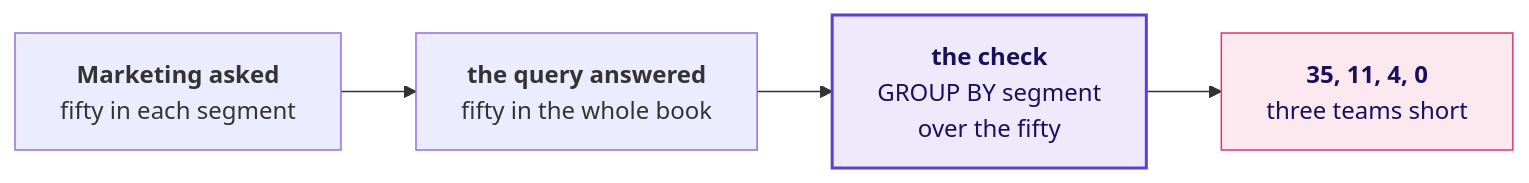
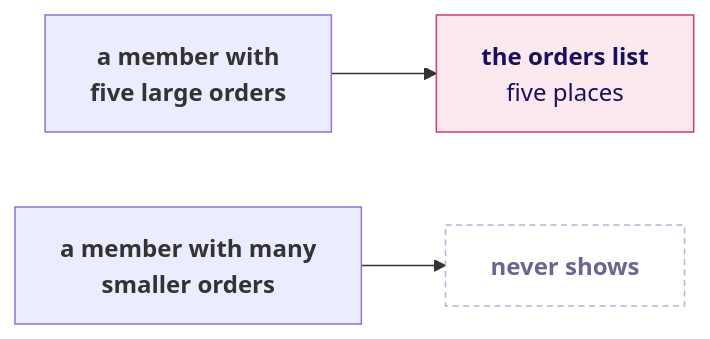
Before and after one commit to fde-academy-lab/c2-content-factory: the fifth of 20 diagrams in content/W02/D3/slides/C2_W02_D03_half1_STUDENT.md, drawn with Mermaid. The commit also changed other lines of this file and 3 other files, not shown here.

````diff
--- a/content/W02/D3/slides/C2_W02_D03_half1_STUDENT.md
+++ b/content/W02/D3/slides/C2_W02_D03_half1_STUDENT.md
@@ -267,10 +365,9 @@
 ```mermaid
 flowchart LR
-    A["<b>Marketing asked</b><br/>fifty in each segment"] --> Q["<b>the query answered</b><br/>fifty in the whole book"]
-    Q --> C["<b>the check</b><br/>GROUP BY segment<br/>over the fifty"]
-    C --> X["<b>35, 11, 4, 0</b><br/>three teams short"]
+    A["<b>a member with<br/>five large orders</b>"] --> L["<b>the orders list</b><br/>five places"]
+    B["<b>a member with many<br/>smaller orders</b>"] --> X["<b>never shows</b>"]
     classDef bad fill:#FBE9EF,stroke:#D63A6A,color:#1A0F5C
-    classDef known fill:#EEEAFB,stroke:#5B3FD6,color:#1A0F5C,stroke-width:2px
-    class X bad
-    class C known
+    classDef unknown fill:#FFFFFF,stroke:#B8B2D6,color:#6B6690,stroke-dasharray:4 3
+    class L bad
+    class X unknown
 ```
````
